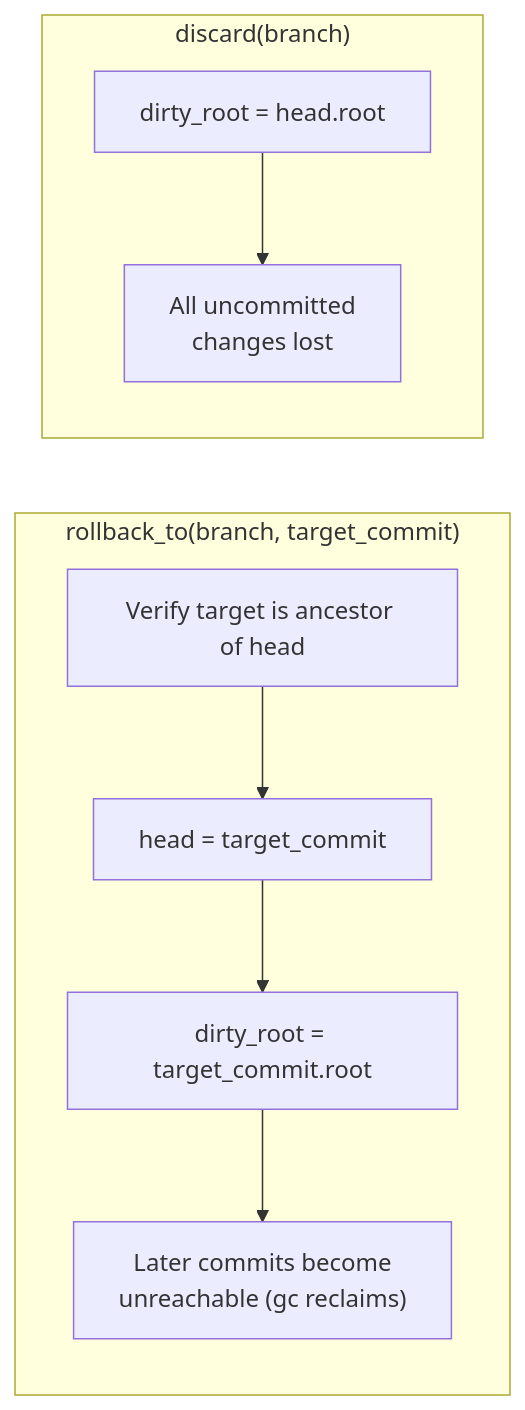
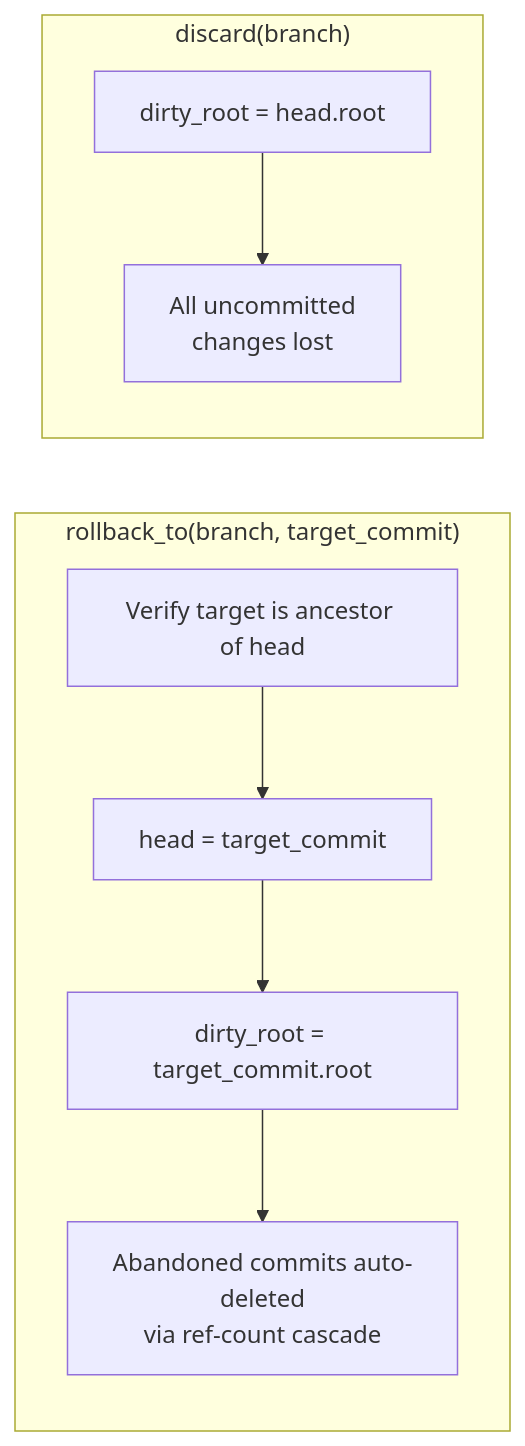
Diagram 19 of 19 in strata/docs/versioned.md (rust-util-collections/vsdb), drawn with Mermaid before and after one commit. The commit also changed other lines of this file and 11 other files, not shown here.

````diff
--- a/strata/docs/versioned.md
+++ b/strata/docs/versioned.md
@@ -561,12 +572,12 @@
 ```mermaid
 flowchart LR
     subgraph "rollback_to(branch, target_commit)"
         R1["Verify target is ancestor of head"] --> R2["head = target_commit"]
         R2 --> R3["dirty_root = target_commit.root"]
-        R3 --> R4["Later commits become<br/>unreachable (gc reclaims)"]
+        R3 --> R4["Abandoned commits auto-deleted<br/>via ref-count cascade"]
     end
 
     subgraph "discard(branch)"
         D1["dirty_root = head.root"] --> D2["All uncommitted<br/>changes lost"]
     end
 ```
````
